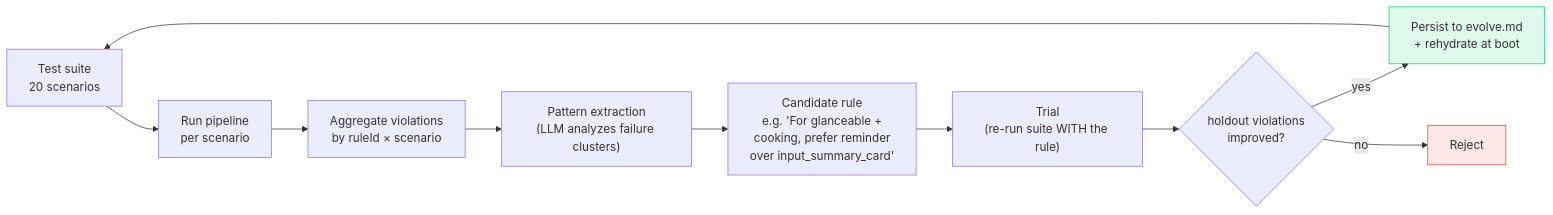
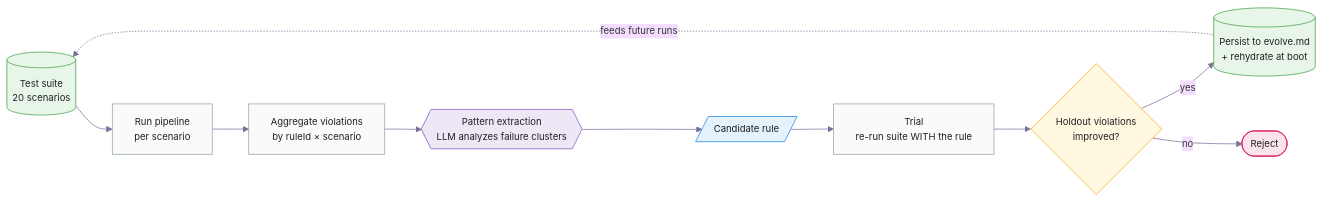
The eighth of 8 diagrams in README.md (hj0325/samsung-GenUI), drawn with Mermaid before and after one commit. The commit also changed other lines of this file, not shown here.

First line of the commit message:
Restyle README diagrams to FigJam Diagram-Basics design language

````diff
--- a/README.md
+++ b/README.md
@@ -296,17 +418,29 @@
 ```mermaid
+%%{init: {'theme':'base', 'themeVariables': {
+  'fontFamily':'ui-sans-serif, system-ui, sans-serif',
+  'fontSize':'13px',
+  'lineColor':'#7C6F9C'
+}}}%%
 flowchart LR
-  suite["Test suite<br/>20 scenarios"] --> run["Run pipeline<br/>per scenario"]
-  run --> agg["Aggregate violations<br/>by ruleId × scenario"]
-  agg --> ext["Pattern extraction<br/>(LLM analyzes failure clusters)"]
-  ext --> cand["Candidate rule<br/>e.g. 'For glanceable +<br/>cooking, prefer reminder<br/>over input_summary_card'"]
-  cand --> trial["Trial<br/>(re-run suite WITH the rule)"]
-  trial --> delta{"holdout violations<br/>improved?"}
-  delta -- yes --> persist["Persist to evolve.md<br/>+ rehydrate at boot"]
-  delta -- no --> reject["Reject"]
-  persist --> suite
+  suite[(Test suite<br/>20 scenarios)]:::data
+  run[Run pipeline<br/>per scenario]:::proc
+  agg[Aggregate violations<br/>by ruleId × scenario]:::proc
+  ext{{Pattern extraction<br/>LLM analyzes failure clusters}}:::llm
+  cand[/Candidate rule/]:::io
+  trial[Trial<br/>re-run suite WITH the rule]:::proc
+  delta{Holdout violations<br/>improved?}:::dec
+  persist[(Persist to evolve.md<br/>+ rehydrate at boot)]:::data
+  reject([Reject]):::drop
 
-  classDef good fill:#0FCF6E22,stroke:#0FCF6E
-  classDef bad fill:#EF444422,stroke:#EF4444
-  class persist good
-  class reject bad
+  suite --> run --> agg --> ext --> cand --> trial --> delta
+  delta -- "yes" --> persist
+  delta -- "no"  --> reject
+  persist -. "feeds future runs" .-> suite
+
+  classDef proc  fill:#FAFAFA,stroke:#90A4AE,color:#212121
+  classDef dec   fill:#FFF8E1,stroke:#F9A825,color:#212121
+  classDef io    fill:#E3F2FD,stroke:#1E88E5,color:#212121
+  classDef data  fill:#E8F5E9,stroke:#43A047,color:#212121
+  classDef llm   fill:#EDE7F6,stroke:#7E57C2,color:#212121
+  classDef drop  fill:#FCE4EC,stroke:#D81B60,color:#212121
 ```
````
